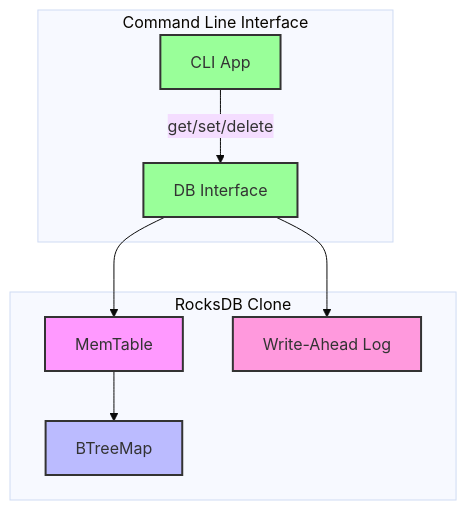
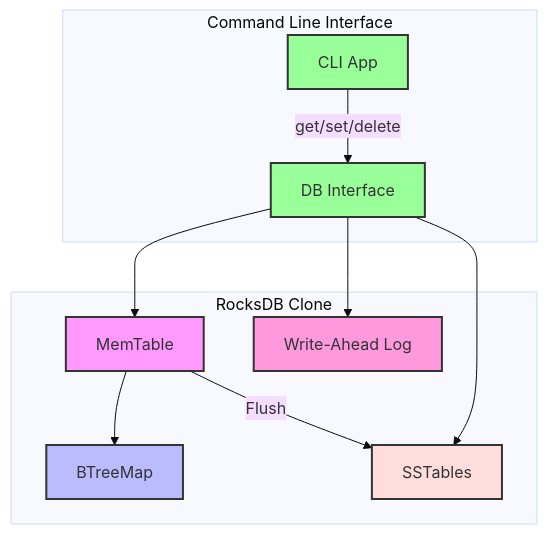
The diagram in exercises/rocksdb-clone/README.md (kumarlokesh/sysd), drawn with Mermaid (base theme) before and after one commit. The commit also changed other lines of this file and 4 other files, not shown here.

````diff
--- a/exercises/rocksdb-clone/README.md
+++ b/exercises/rocksdb-clone/README.md
@@ -21,19 +21,22 @@
 ```mermaid
 graph TD
     subgraph CLI[Command Line Interface]
         A[CLI App] -->|get/set/delete| B[DB Interface]
     end
     
     subgraph DB[RocksDB Clone]
         B --> C[MemTable]
         C --> D[BTreeMap]
         B --> E[Write-Ahead Log]
+        B --> F[SSTables]
+        C -->|Flush| F
         
         style C fill:#f9f,stroke:#333,stroke-width:2px
         style D fill:#bbf,stroke:#333,stroke-width:2px
         style E fill:#f9d,stroke:#333,stroke-width:2px
+        style F fill:#fdd,stroke:#333,stroke-width:2px
     end
     
     style A fill:#9f9,stroke:#333,stroke-width:2px
     style B fill:#9f9,stroke:#333,stroke-width:2px
 ```
````
